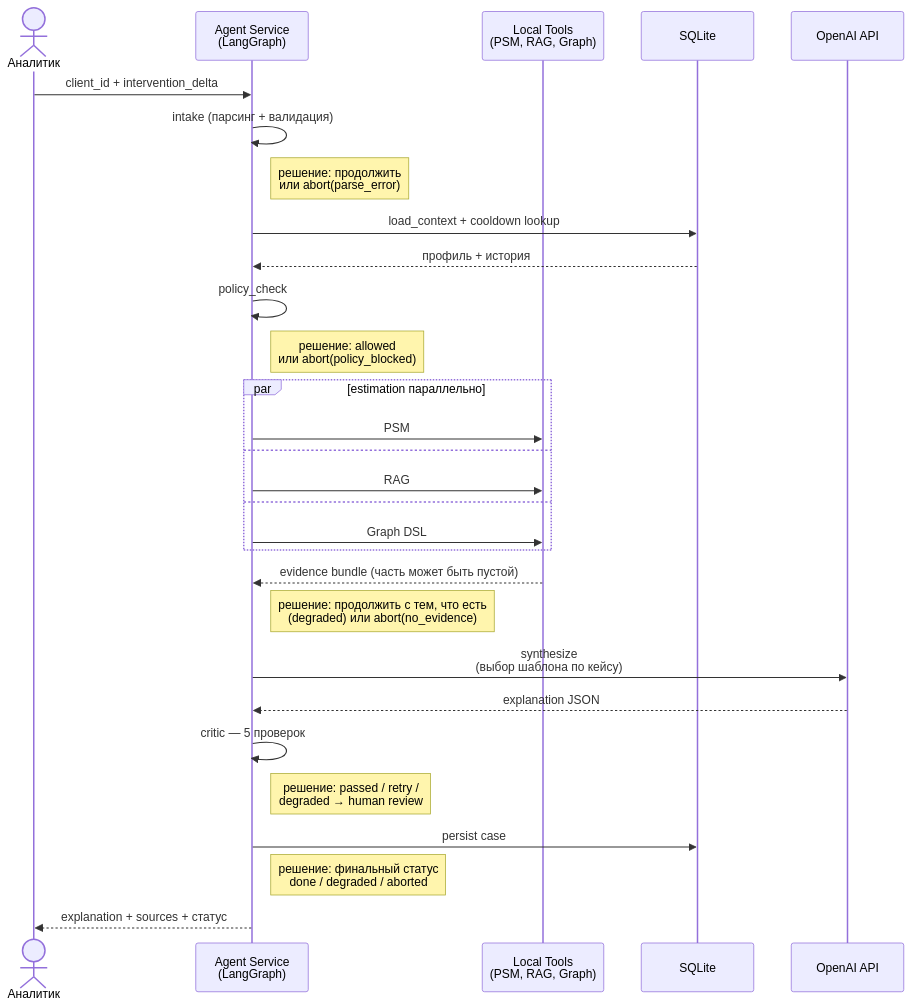
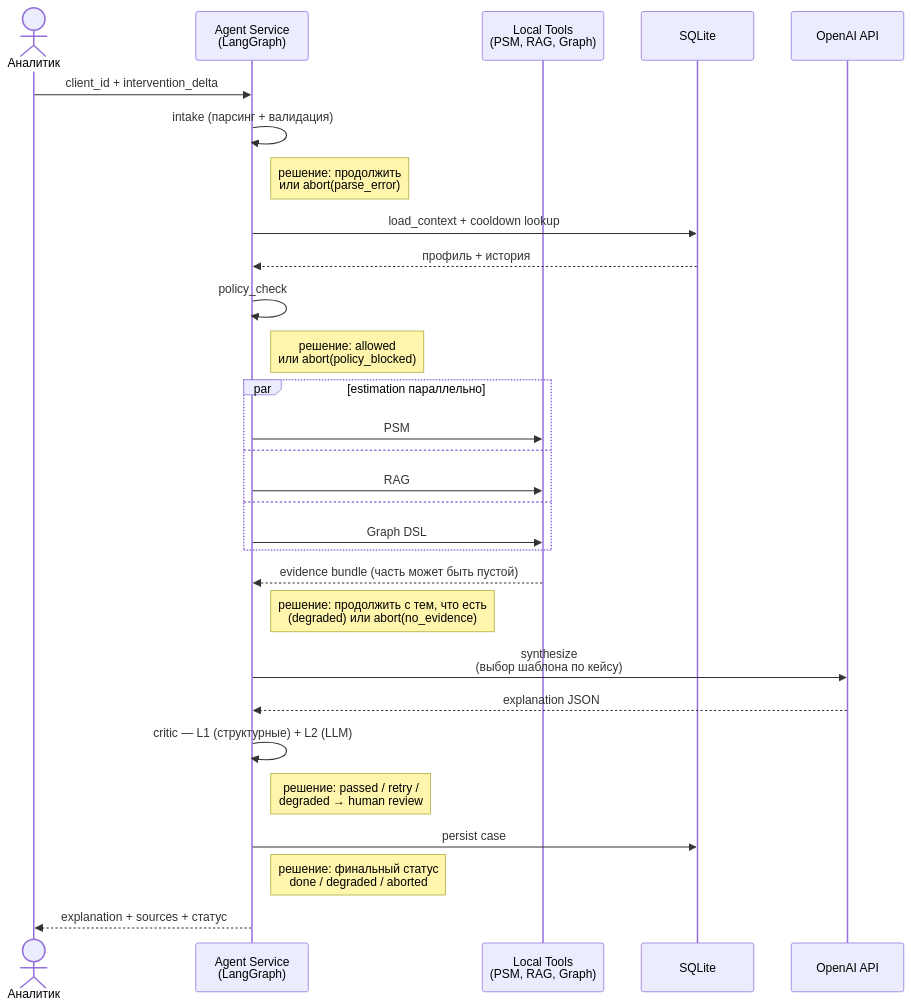
One commit to alllyuk/uplift-agent changed the diagram in docs/diagrams/sequence-happy-path.md. Above: the diagram before and after it, drawn with Mermaid. The commit also changed other lines of this file and 19 other files, not shown here.

Commit message:
add agent pipeline with critic, retry loop, SQLite persistence and chat UI

````diff
--- a/docs/diagrams/sequence-happy-path.md
+++ b/docs/diagrams/sequence-happy-path.md
@@ -7,39 +7,39 @@
 ```mermaid
 sequenceDiagram
     actor Analyst as Аналитик
     participant Agent as Agent Service<br/>(LangGraph)
     participant Tools as Local Tools<br/>(PSM, RAG, Graph)
     participant DB as SQLite
     participant LLM as OpenAI API
 
     Analyst->>Agent: client_id + intervention_delta
 
     Agent->>Agent: intake (парсинг + валидация)
     Note right of Agent: решение: продолжить<br/>или abort(parse_error)
 
     Agent->>DB: load_context + cooldown lookup
     DB-->>Agent: профиль + история
     Agent->>Agent: policy_check
     Note right of Agent: решение: allowed<br/>или abort(policy_blocked)
 
     par estimation параллельно
         Agent->>Tools: PSM
     and
         Agent->>Tools: RAG
     and
         Agent->>Tools: Graph DSL
     end
     Tools-->>Agent: evidence bundle (часть может быть пустой)
     Note right of Agent: решение: продолжить с тем, что есть<br/>(degraded) или abort(no_evidence)
 
     Agent->>LLM: synthesize<br/>(выбор шаблона по кейсу)
     LLM-->>Agent: explanation JSON
 
-    Agent->>Agent: critic — 5 проверок
+    Agent->>Agent: critic — L1 (структурные) + L2 (LLM)
     Note right of Agent: решение: passed / retry /<br/>degraded → human review
 
     Agent->>DB: persist case
     Note right of Agent: решение: финальный статус<br/>done / degraded / aborted
 
     Agent-->>Analyst: explanation + sources + статус
 ```
````
